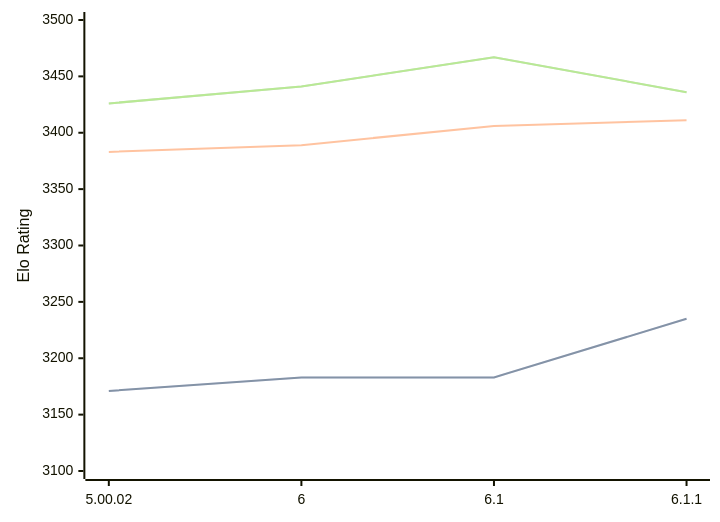
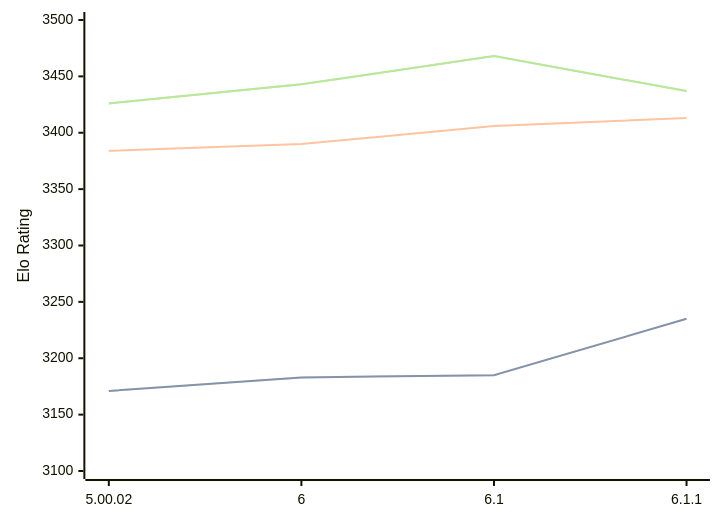
The diagram in engines/Zangdar.md (computer-chess-index/cci), drawn with Mermaid before and after one commit. The commit also changed other lines of this file, not shown here.

Commit message:
Update CCI Ratings (ELO VLTC) - 2026-04-24

````diff
--- a/engines/Zangdar.md
+++ b/engines/Zangdar.md
@@ -46,11 +46,11 @@
 ```mermaid
 %%{init: {"theme":"base","themeVariables":{"seriesColors:['#a3a3a3','#222221','#faa371']}}}%%
 xychart-beta
   x-axis ["5.00.02", "6", "6.1", "6.1.1"]
   y-axis "Elo Rating" 3100 --> 3500
-  line "STC (8.0+0.08s)" [3171, 3183, 3183, 3235]
-  line "STC (8.0+0.08s)" [3171, 3183, 3183, 3235]
-  line "LTC (60.0+0.60s)" [3383, 3389, 3406, 3411]
-  line "VLTC (2m24s+1.12s)" [3426, 3441, 3467, 3436]
-  line "VLTC (2m24s+1.12s)" [3426, 3441, 3467, 3436]
+  line "STC (8.0+0.08s)" [3171, 3183, 3185, 3235]
+  line "STC (8.0+0.08s)" [3171, 3183, 3185, 3235]
+  line "LTC (60.0+0.60s)" [3384, 3390, 3406, 3413]
+  line "VLTC (2m24s+1.12s)" [3426, 3443, 3468, 3437]
+  line "VLTC (2m24s+1.12s)" [3426, 3443, 3468, 3437]
 ```
````
